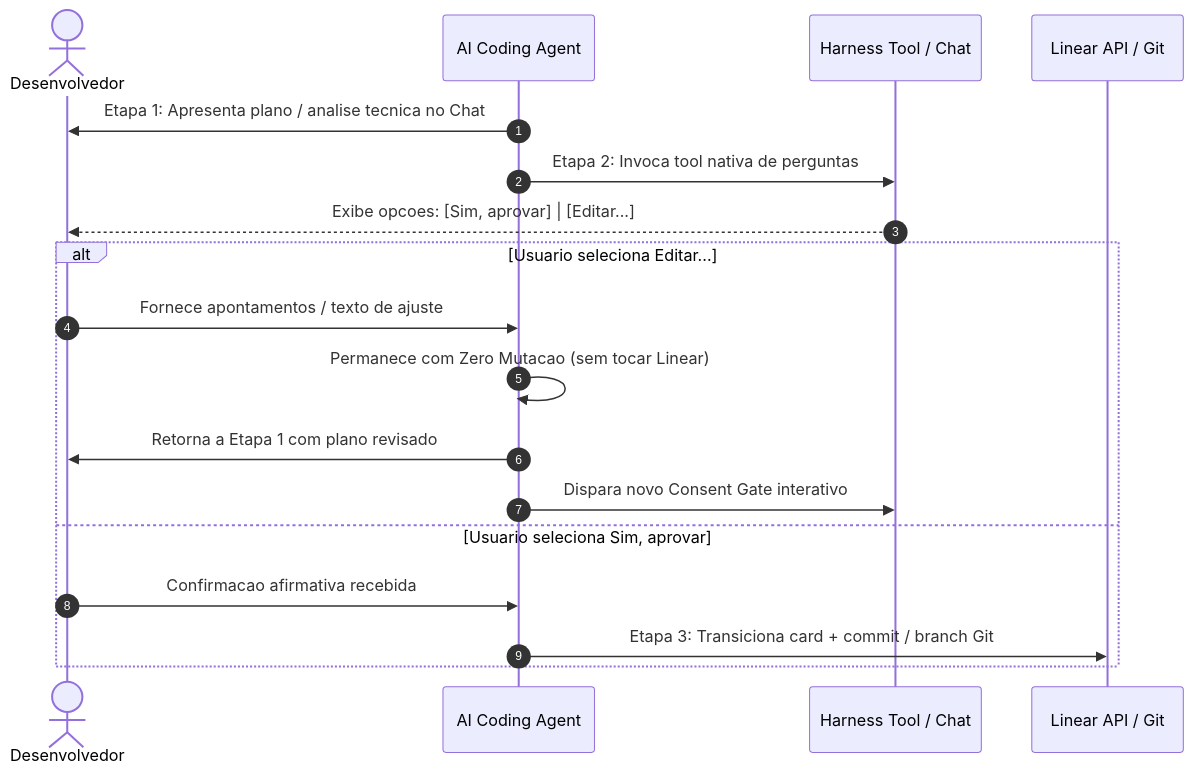
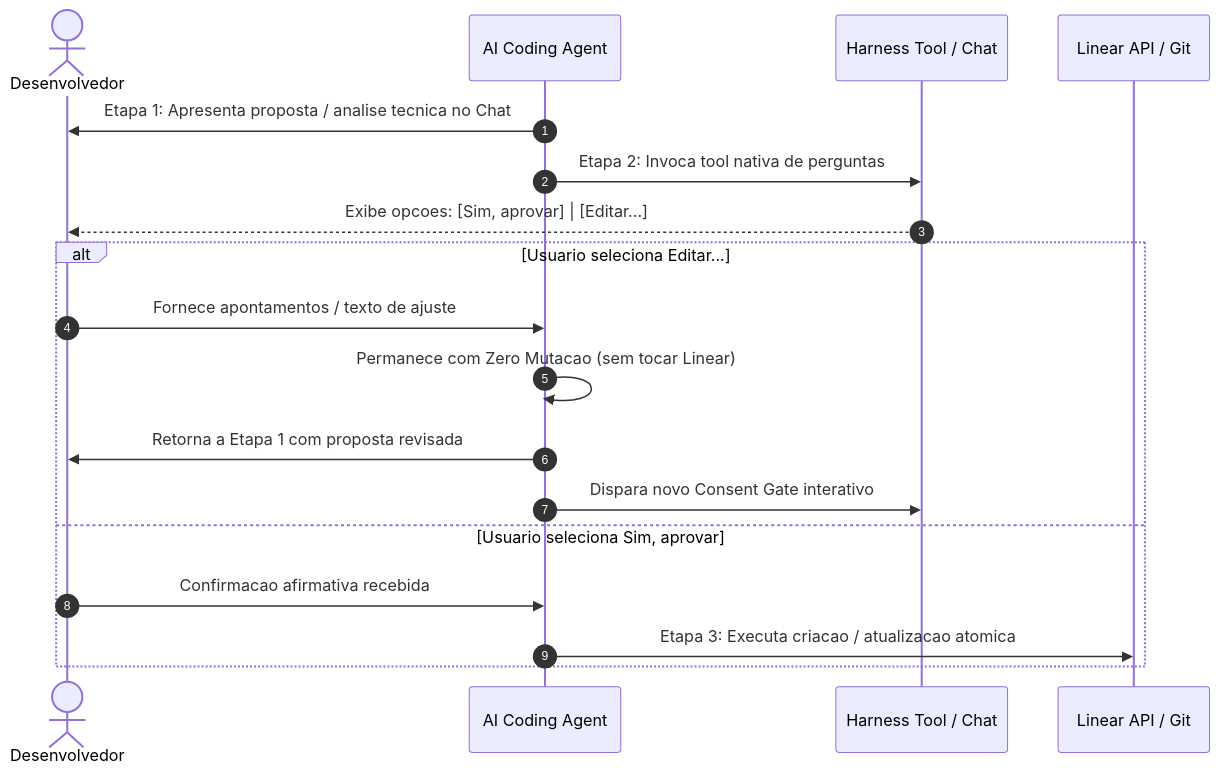
Before and after one commit to CaioCoelhoChaves/fk_apm: the diagram in skills/linear-workflow/references/multi-harness-commands.md, drawn with Mermaid. The commit also changed other lines of this file and 9 other files, not shown here.

````diff
--- a/skills/linear-workflow/references/multi-harness-commands.md
+++ b/skills/linear-workflow/references/multi-harness-commands.md
@@ -125,21 +126,21 @@
 ```mermaid
 sequenceDiagram
     autonumber
     actor Dev as Desenvolvedor
     participant Agent as AI Coding Agent
     participant Harness as Harness Tool / Chat
     participant Linear as Linear API / Git
 
-    Agent->>Dev: Etapa 1: Apresenta plano / analise tecnica no Chat
+    Agent->>Dev: Etapa 1: Apresenta proposta / analise tecnica no Chat
     Agent->>Harness: Etapa 2: Invoca tool nativa de perguntas
     Harness-->>Dev: Exibe opcoes: [Sim, aprovar] | [Editar...]
     alt Usuario seleciona Editar...
         Dev->>Agent: Fornece apontamentos / texto de ajuste
         Agent->>Agent: Permanece com Zero Mutacao (sem tocar Linear)
-        Agent->>Dev: Retorna a Etapa 1 com plano revisado
+        Agent->>Dev: Retorna a Etapa 1 com proposta revisada
         Agent->>Harness: Dispara novo Consent Gate interativo
     else Usuario seleciona Sim, aprovar
         Dev->>Agent: Confirmacao afirmativa recebida
-        Agent->>Linear: Etapa 3: Transiciona card + commit / branch Git
+        Agent->>Linear: Etapa 3: Executa criacao / atualizacao atomica
     end
 ```
````
